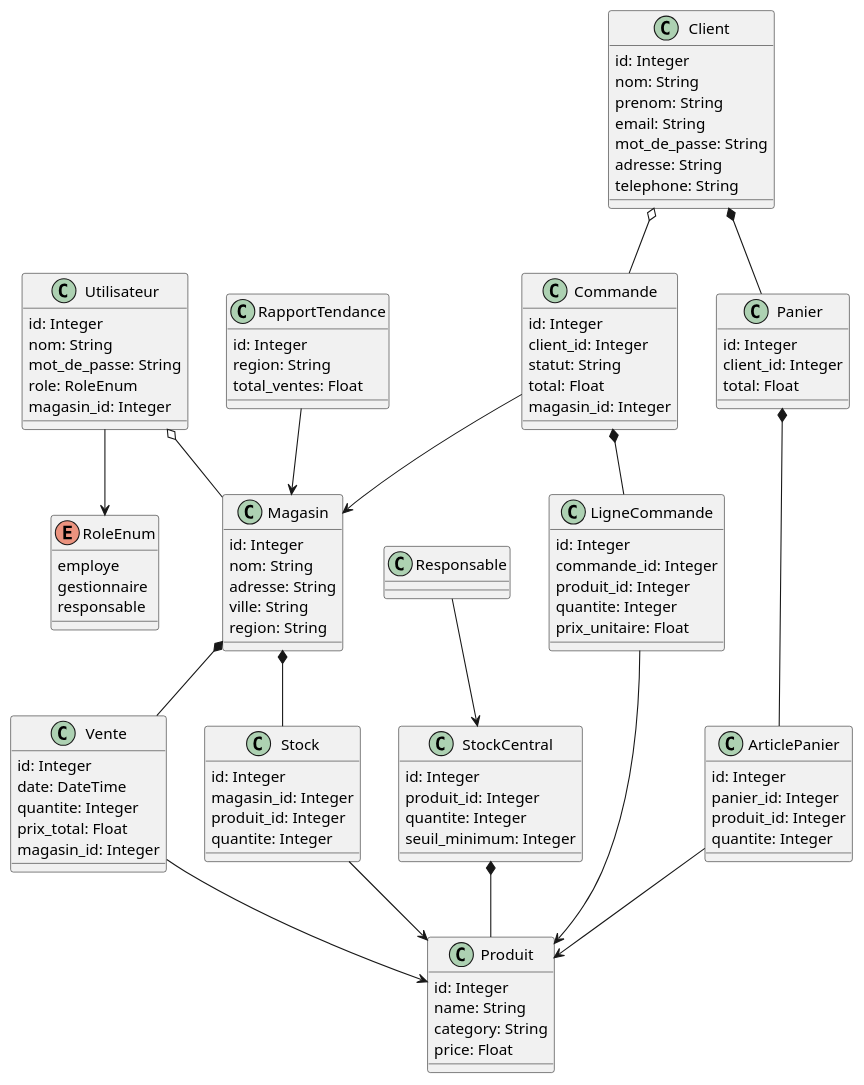
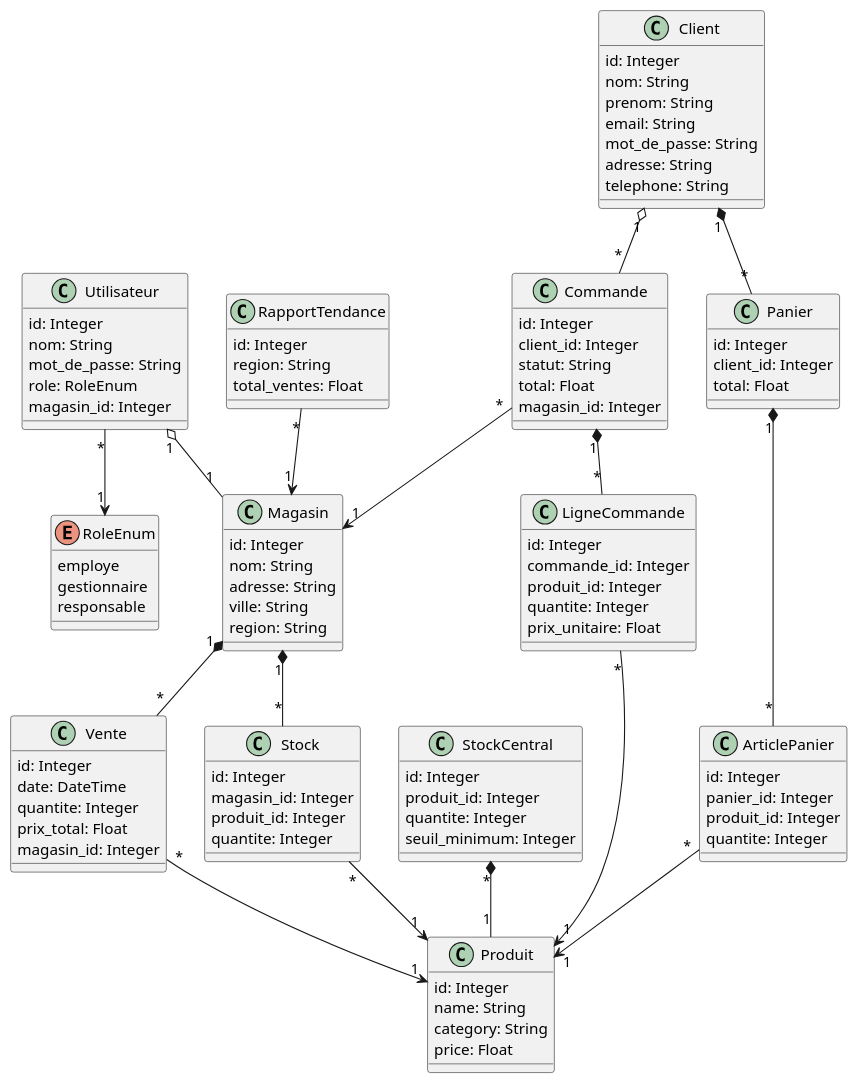
The diagram in docs/uml/code/diagramme-de-classe.puml (eusebe13/labo5_Log430), drawn with PlantUML before and after one commit. The commit also changed 1 other file, not shown here.

```diff
--- a/docs/uml/code/diagramme-de-classe.puml
+++ b/docs/uml/code/diagramme-de-classe.puml
@@ -1,124 +1,122 @@
 @startuml
 
 enum RoleEnum {
   employe
   gestionnaire
   responsable
 }
 
 class Magasin {
   id: Integer
   nom: String
   adresse: String
   ville: String
   region: String
 }
 
 class Utilisateur {
   id: Integer
   nom: String
   mot_de_passe: String
   role: RoleEnum
   magasin_id: Integer
 }
 
 class Client {
   id: Integer
   nom: String
   prenom: String
   email: String
   mot_de_passe: String
   adresse: String
   telephone: String
 }
 
 class Produit {
   id: Integer
   name: String
   category: String
   price: Float
 }
 
 class Stock {
   id: Integer
   magasin_id: Integer
   produit_id: Integer
   quantite: Integer
 }
 
 class StockCentral {
   id: Integer
   produit_id: Integer
   quantite: Integer
   seuil_minimum: Integer
 }
 
 class Panier {
   id: Integer
   client_id: Integer
   total: Float
 }
 
 class ArticlePanier {
   id: Integer
   panier_id: Integer
   produit_id: Integer
   quantite: Integer
 }
 
 class Commande {
   id: Integer
   client_id: Integer
   statut: String
   total: Float
   magasin_id: Integer
 }
 
 class LigneCommande {
   id: Integer
   commande_id: Integer
   produit_id: Integer
   quantite: Integer
   prix_unitaire: Float
 }
 
 class Vente {
   id: Integer
   date: DateTime
   quantite: Integer
   prix_total: Float
   magasin_id: Integer
 }
 
 class RapportTendance {
   id: Integer
   region: String
   total_ventes: Float
 }
 
+Utilisateur "1" o-- "1" Magasin
+Utilisateur "*" --> "1" RoleEnum
 
-Utilisateur o-- Magasin
-Utilisateur --> RoleEnum
+Magasin "1" *-- "*" Stock
+Stock "*" --> "1" Produit
 
-Magasin *-- Stock
-Stock --> Produit
+Magasin "1" *-- "*" Vente
+Vente "*" --> "1" Produit
 
-Magasin *-- Vente
-Vente --> Produit
+StockCentral "*" *-- "1" Produit
 
-StockCentral *-- Produit
-Responsable --> StockCentral
+Client "1" *-- "*" Panier
+Panier "1" *-- "*" ArticlePanier
+ArticlePanier "*" --> "1" Produit
 
-Client *-- Panier
-Panier *-- ArticlePanier
-ArticlePanier --> Produit
+Client "1" o-- "*" Commande
+Commande "1" *-- "*" LigneCommande
+LigneCommande "*" --> "1" Produit
 
-Client o-- Commande
-Commande *-- LigneCommande
-LigneCommande --> Produit
+Commande "*" --> "1" Magasin
 
-Commande --> Magasin
-
-RapportTendance --> Magasin
+RapportTendance "*" --> "1" Magasin
 
 @enduml
```
